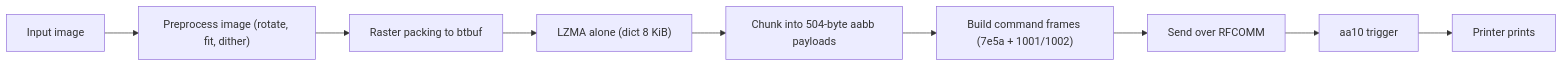
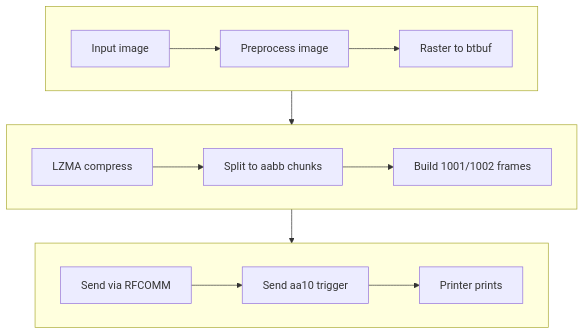
Before and after one commit to dasarne/tinythermal-rfcomm: the first of 2 diagrams in docs/PROTOCOL.md, drawn with Mermaid.

Commit message:
docs: reorganize protocol flow diagram into 3x3 layout

````diff
--- a/docs/PROTOCOL.md
+++ b/docs/PROTOCOL.md
@@ -52,11 +52,18 @@
 ```mermaid
-flowchart LR
-    A["Input image"] --> B["Preprocess image (rotate, fit, dither)"]
-    B --> C["Raster packing to btbuf"]
-    C --> D["LZMA alone (dict 8 KiB)"]
-    D --> E["Chunk into 504-byte aabb payloads"]
-    E --> F["Build command frames (7e5a + 1001/1002)"]
-    F --> G["Send over RFCOMM"]
-    G --> H["aa10 trigger"]
-    H --> I["Printer prints"]
+flowchart TB
+    subgraph R1[" "]
+        direction LR
+        A["Input image"] --> B["Preprocess image"] --> C["Raster to btbuf"]
+    end
+    subgraph R2[" "]
+        direction LR
+        D["LZMA compress"] --> E["Split to aabb chunks"] --> F["Build 1001/1002 frames"]
+    end
+    subgraph R3[" "]
+        direction LR
+        G["Send via RFCOMM"] --> H["Send aa10 trigger"] --> I["Printer prints"]
+    end
+
+    C --> D
+    F --> G
 ```
````
